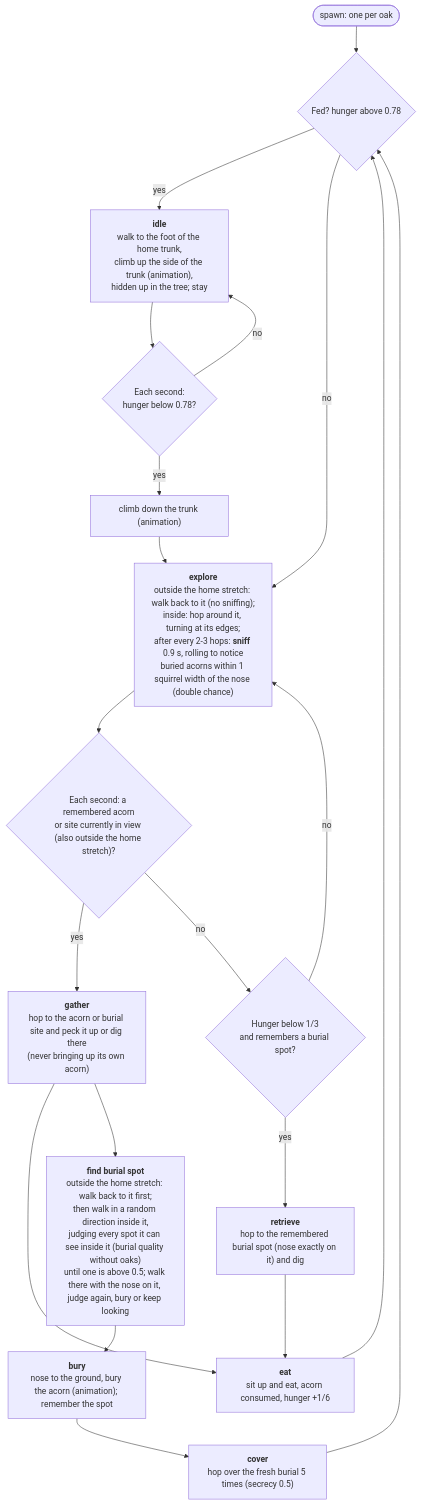
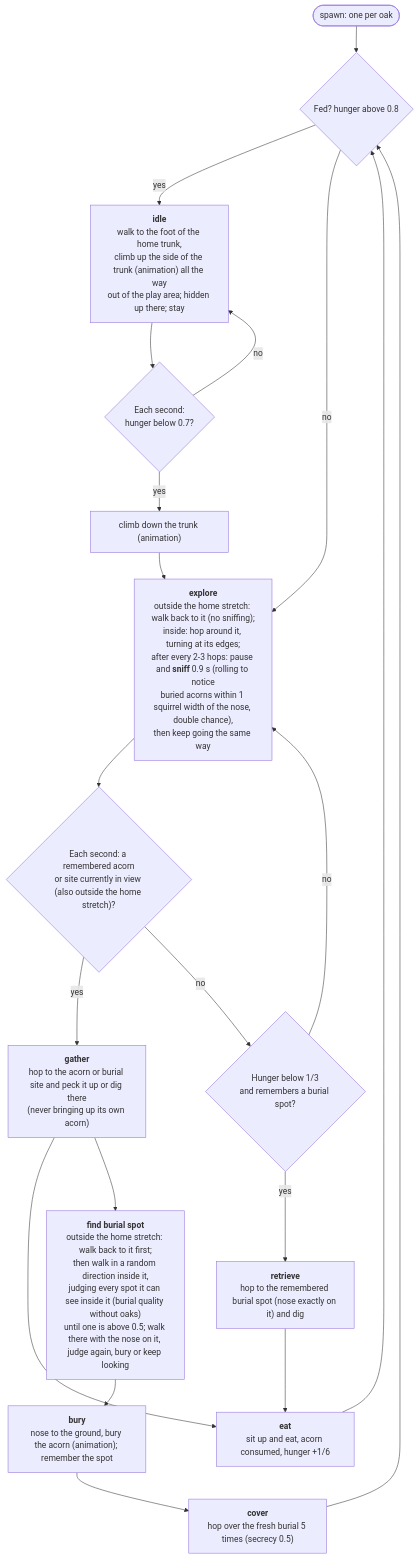
Before and after one commit to adam-kosinski/Blue-Jay-Acorns: the diagram in SQUIRREL_STATE_MACHINE.md, drawn with Mermaid. The commit also changed other lines of this file and 10 other files, not shown here.

````diff
--- a/SQUIRREL_STATE_MACHINE.md
+++ b/SQUIRREL_STATE_MACHINE.md
@@ -25,34 +25,34 @@
 ```mermaid
 flowchart TD
     START([spawn: one per oak]) --> rest
 
-    rest{"Fed? hunger above 0.78"}
+    rest{"Fed? hunger above 0.8"}
     rest -- "yes" --> idle
     rest -- "no" --> explore
 
-    idle["<b>idle</b><br/>walk to the foot of the home trunk,<br/>climb up the side of the trunk (animation),<br/>hidden up in the tree; stay"]
-    idle --> hungry{"Each second:<br/>hunger below 0.78?"}
+    idle["<b>idle</b><br/>walk to the foot of the home trunk,<br/>climb up the side of the trunk (animation) all the way<br/>out of the play area; hidden up there; stay"]
+    idle --> hungry{"Each second:<br/>hunger below 0.7?"}
     hungry -- "yes" --> down["climb down the trunk (animation)"]
     down --> explore
     hungry -- "no" --> idle
 
-    explore["<b>explore</b><br/>outside the home stretch: walk back to it (no sniffing);<br/>inside: hop around it, turning at its edges;<br/>after every 2-3 hops: <b>sniff</b> 0.9 s, rolling to notice<br/>buried acorns within 1 squirrel width of the nose (double chance)"]
+    explore["<b>explore</b><br/>outside the home stretch: walk back to it (no sniffing);<br/>inside: hop around it, turning at its edges;<br/>after every 2-3 hops: pause and <b>sniff</b> 0.9 s (rolling to notice<br/>buried acorns within 1 squirrel width of the nose, double chance),<br/>then keep going the same way"]
     explore --> sees{"Each second: a remembered acorn<br/>or site currently in view (also outside the home stretch)?"}
     sees -- "yes" --> gather
     sees -- "no" --> starving{"Hunger below 1/3<br/>and remembers a burial spot?"}
     starving -- "yes" --> retrieve
     starving -- "no" --> explore
 
     retrieve["<b>retrieve</b><br/>hop to the remembered burial spot (nose exactly on it) and dig"]
     gather["<b>gather</b><br/>hop to the acorn or burial site and peck it up or dig there<br/>(never bringing up its own acorn)"]
     eat["<b>eat</b><br/>sit up and eat, acorn consumed, hunger +1/6"]
     find["<b>find burial spot</b><br/>outside the home stretch: walk back to it first;<br/>then walk in a random direction inside it,<br/>judging every spot it can see inside it (burial quality without oaks)<br/>until one is above 0.5; walk there with the nose on it, judge again, bury or keep looking"]
     bury["<b>bury</b><br/>nose to the ground, bury the acorn (animation); remember the spot"]
     cover["<b>cover</b><br/>hop over the fresh burial 5 times (secrecy 0.5)"]
 
     retrieve --> eat
     gather --> eat
     gather --> find
     find --> bury --> cover --> rest
     eat --> rest
 ```
````
